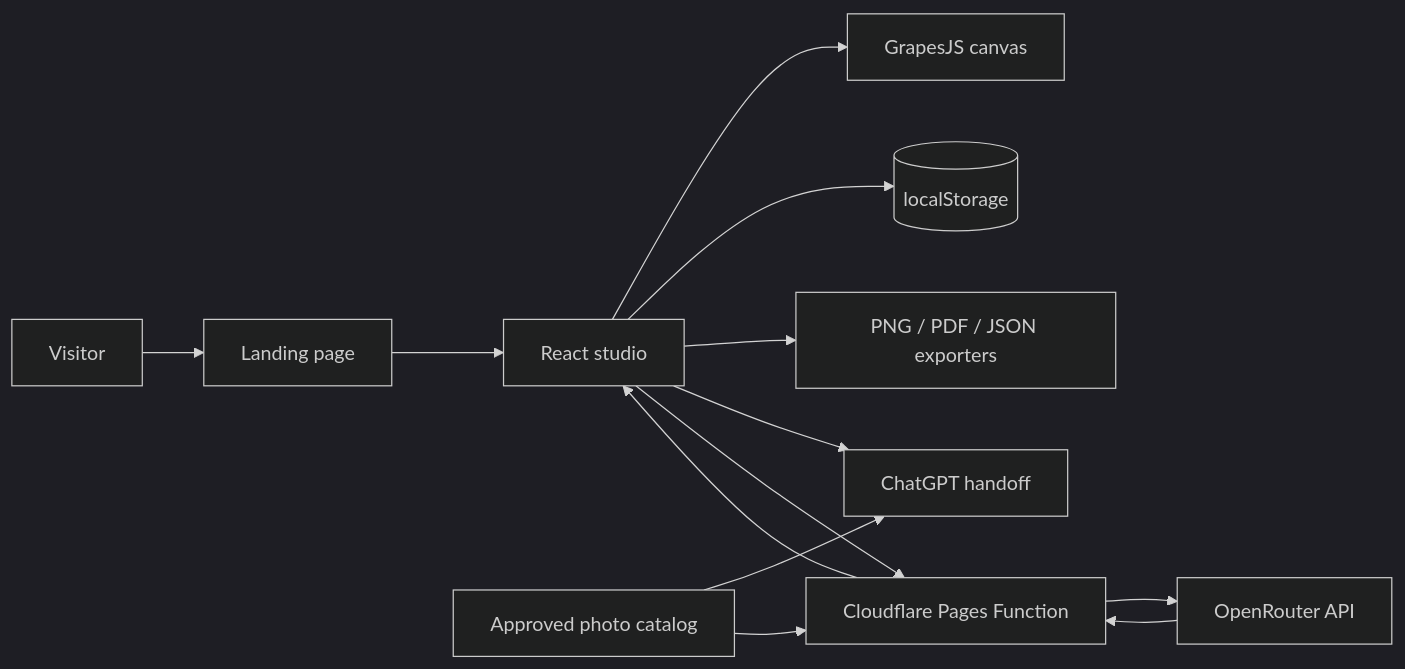
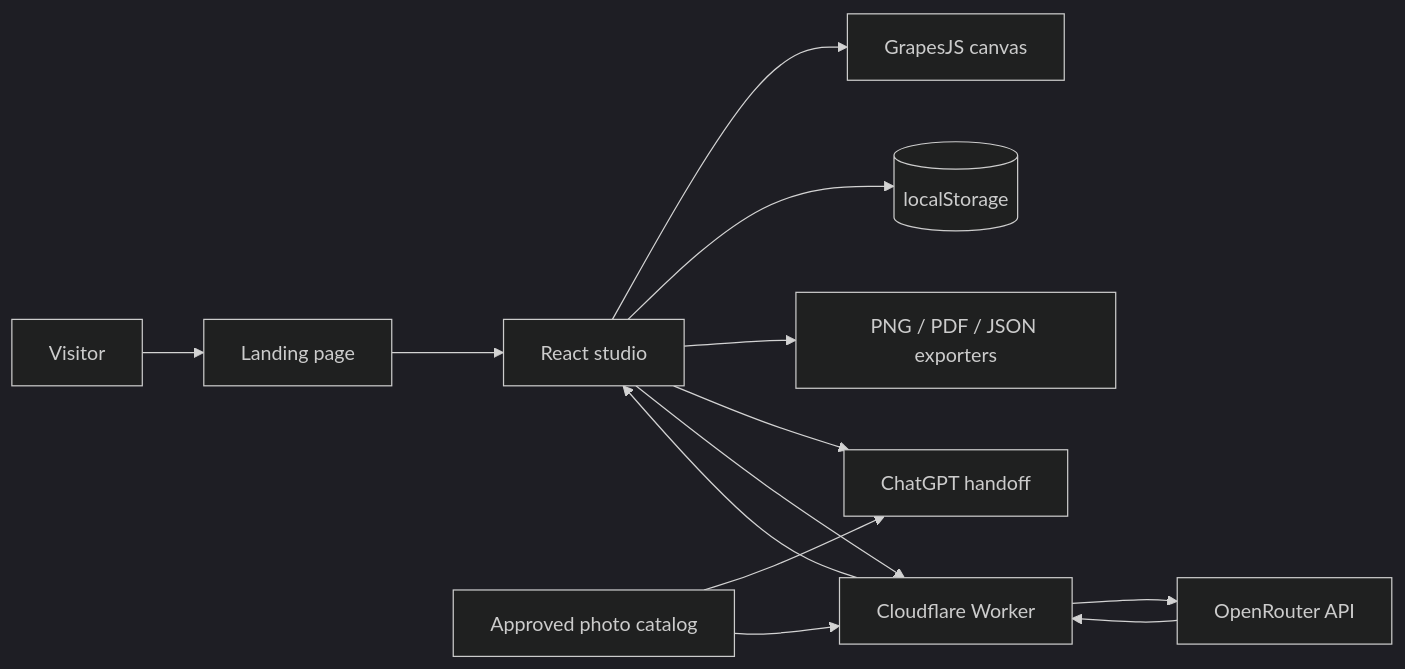
Before and after one commit to swamy-guruvelli/Albumcrafter: the first of 3 diagrams in README.md, drawn with Mermaid (dark theme). The commit also changed other lines of this file and 5 other files, not shown here.

````diff
--- a/README.md
+++ b/README.md
@@ -45,15 +45,15 @@
 ```mermaid
 flowchart LR
     Visitor[Visitor] --> Landing[Landing page]
     Landing --> Studio[React studio]
     Studio --> Canvas[GrapesJS canvas]
     Studio --> BrowserSave[(localStorage)]
     Studio --> Exporters[PNG / PDF / JSON exporters]
     Studio --> Handoff[ChatGPT handoff]
-    Studio --> PagesFunction[Cloudflare Pages Function]
-    PagesFunction --> OpenRouter[OpenRouter API]
-    OpenRouter --> PagesFunction
-    PagesFunction --> Studio
+    Studio --> Worker[Cloudflare Worker]
+    Worker --> OpenRouter[OpenRouter API]
+    OpenRouter --> Worker
+    Worker --> Studio
     Catalog[Approved photo catalog] --> Handoff
-    Catalog --> PagesFunction
+    Catalog --> Worker
 ```
````
